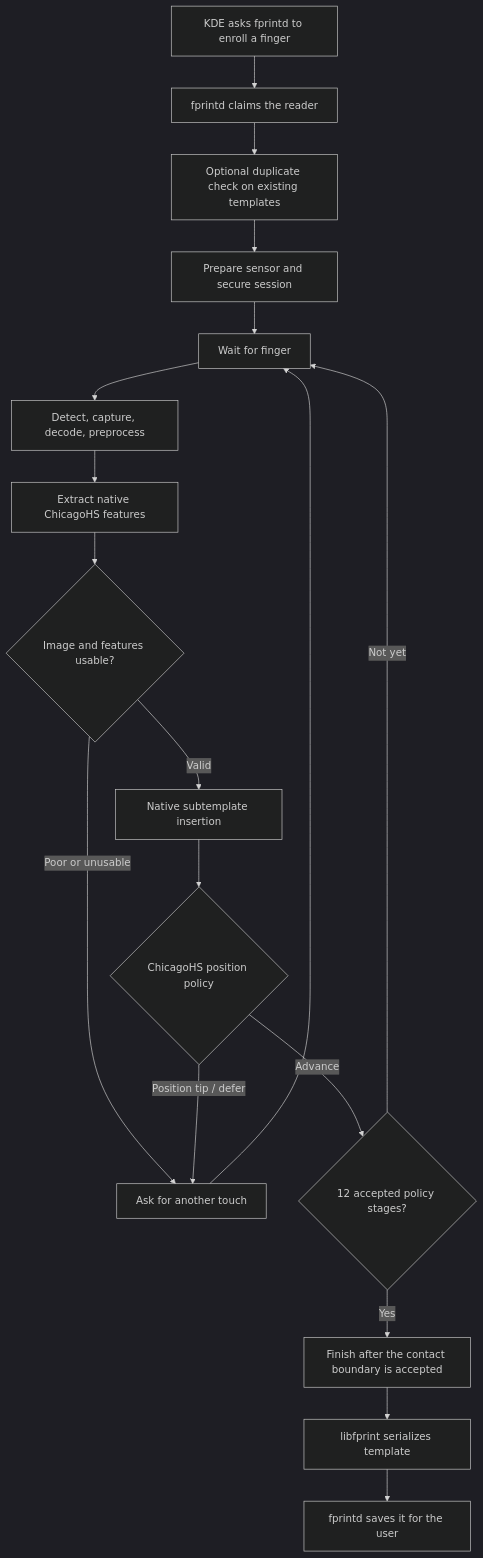
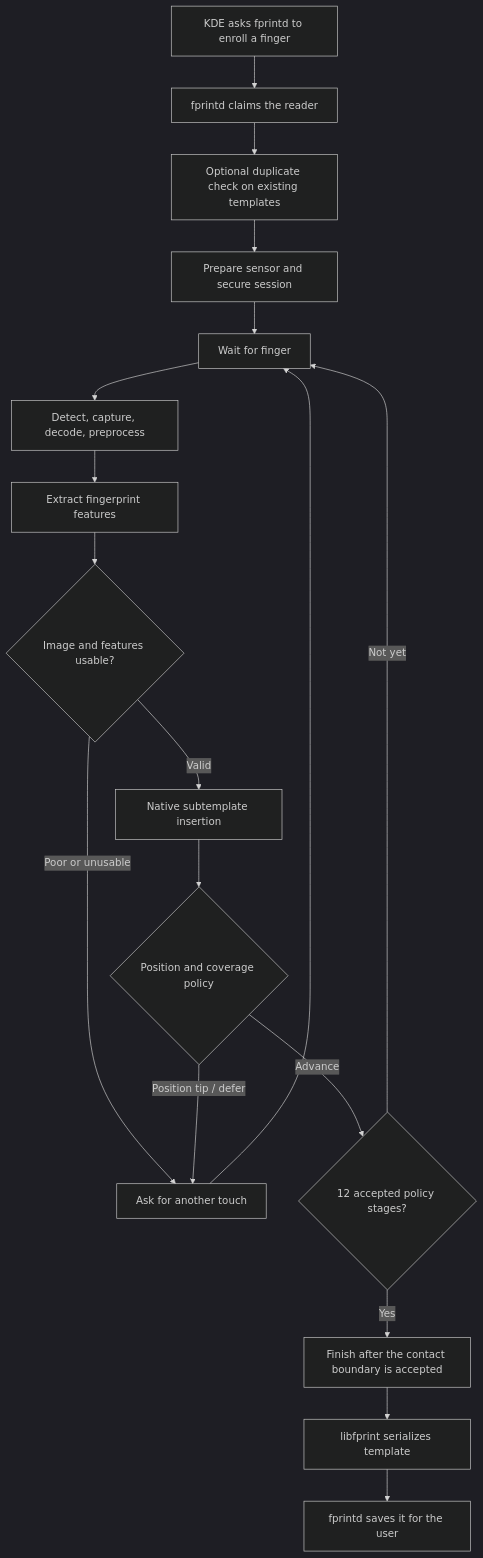
One commit to maxvelikodnev/goodix-27c6-5125-ubuntu changed the diagram in docs/learning/06_enrollment.md. Above: the diagram before and after it, drawn with Mermaid (dark theme). The commit also changed other lines of this file, not shown here.

````diff
--- a/docs/learning/06_enrollment.md
+++ b/docs/learning/06_enrollment.md
@@ -30,20 +30,20 @@
 ```mermaid
 flowchart TD
     A["KDE asks fprintd to enroll a finger"] --> B["fprintd claims the reader"]
     B --> C["Optional duplicate check on existing templates"]
     C --> D["Prepare sensor and secure session"]
     D --> E["Wait for finger"]
     E --> F["Detect, capture, decode, preprocess"]
-    F --> G["Extract native ChicagoHS features"]
+    F --> G["Extract fingerprint features"]
     G --> H{"Image and features usable?"}
     H -->|Poor or unusable| J["Ask for another touch"]
     H -->|Valid| I["Native subtemplate insertion"]
-    I --> P{"ChicagoHS position policy"}
+    I --> P{"Position and coverage policy"}
     P -->|Position tip / defer| J
     P -->|Advance| K{"12 accepted policy stages?"}
     J --> E
     K -->|Not yet| E
     K -->|Yes| L["Finish after the contact boundary is accepted"]
     L --> M["libfprint serializes template"]
     M --> N["fprintd saves it for the user"]
 ```
````
